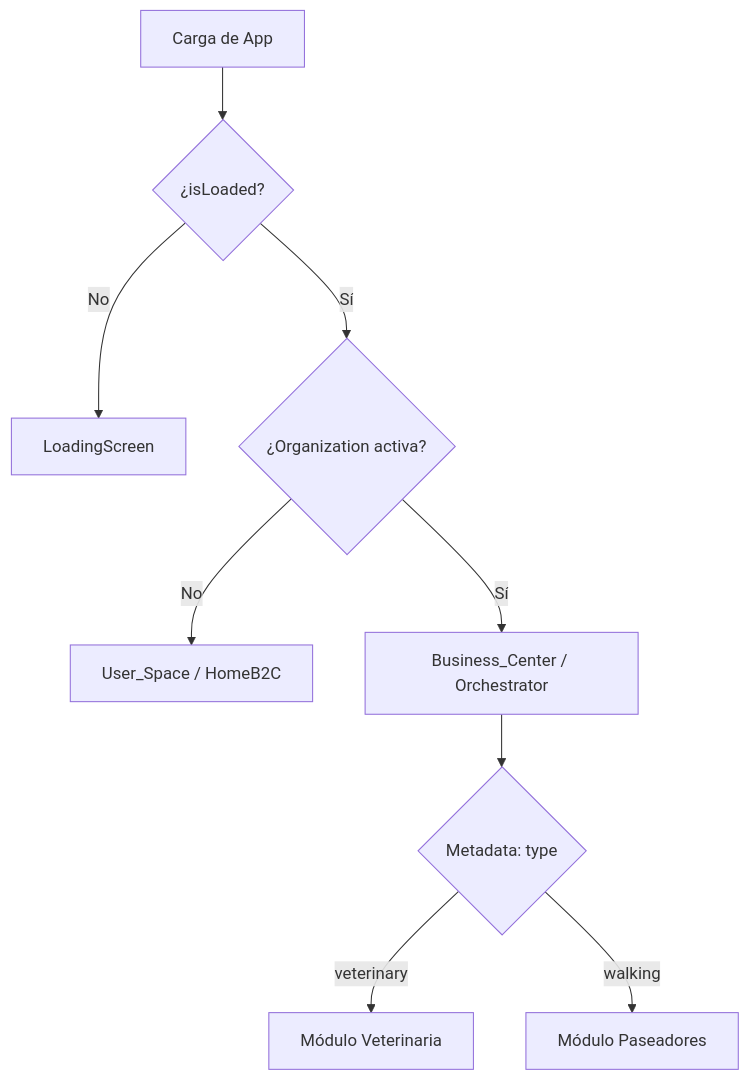
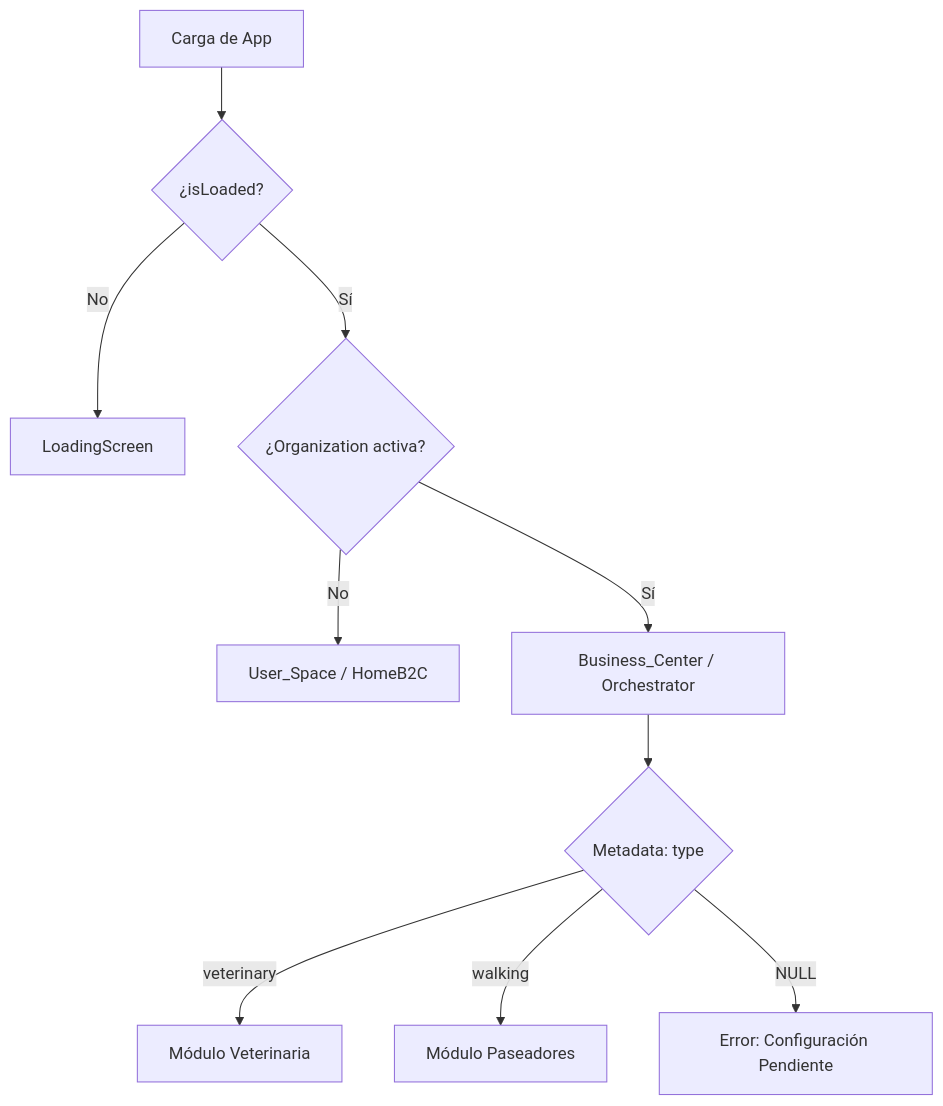
One commit to Jabar42/PelusAppNativ changed the diagram in ARQUITECTURA.md. Above: the diagram before and after it, drawn with Mermaid. The commit also changed other lines of this file and 43 other files, not shown here.

````diff
--- a/ARQUITECTURA.md
+++ b/ARQUITECTURA.md
@@ -46,13 +47,14 @@
 ```mermaid
 graph TD
     A[Carga de App] --> B{¿isLoaded?}
     B -- No --> C[LoadingScreen]
     B -- Sí --> D{¿Organization activa?}
     
     D -- No --> E[User_Space / HomeB2C]
     D -- Sí --> F[Business_Center / Orchestrator]
     
     F --> G{Metadata: type}
     G -- veterinary --> H[Módulo Veterinaria]
     G -- walking --> I[Módulo Paseadores]
+    G -- NULL --> J[Error: Configuración Pendiente]
 ```
````
